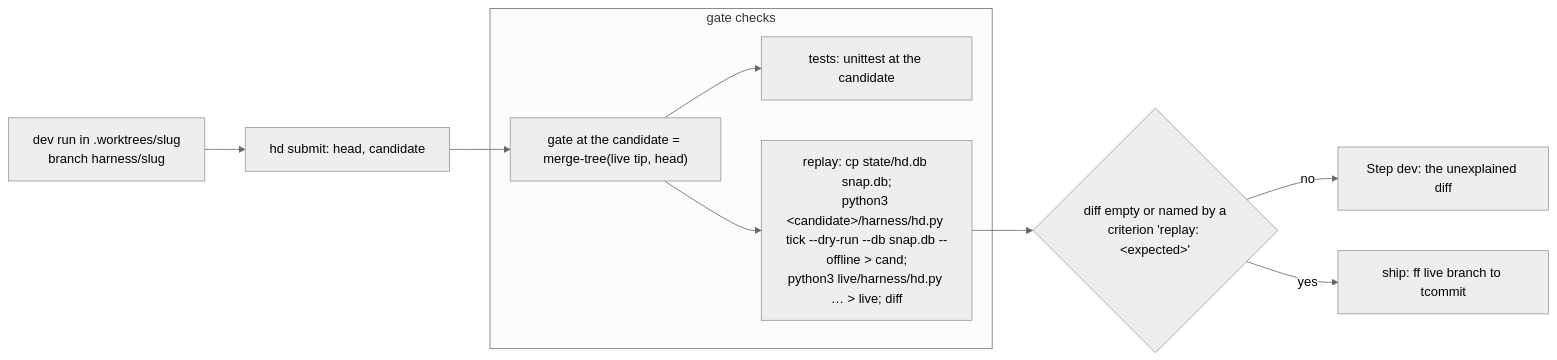
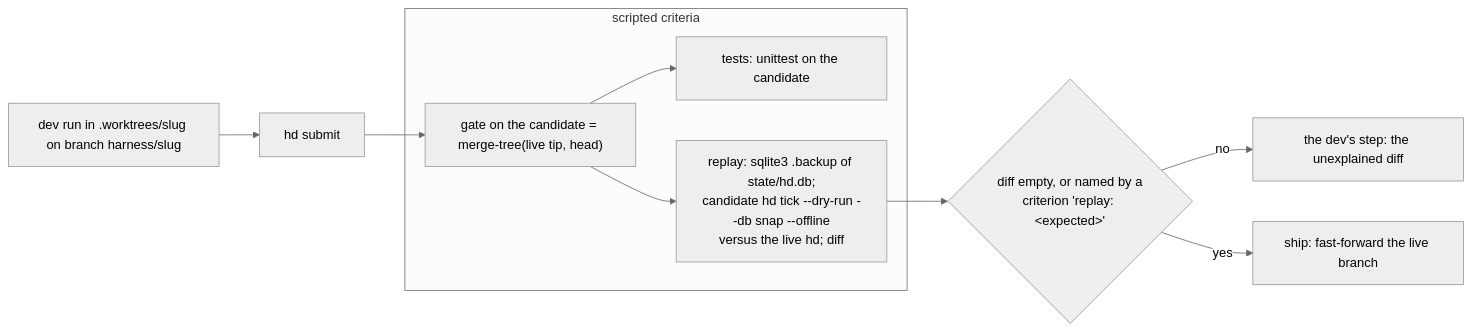
The fifth of 7 diagrams in docs/ARCHITECTURE.md (AlexPerrin/RuneHarness), drawn with Mermaid (neutral theme) before and after one commit. The commit also changed other lines of this file and 16 other files, not shown here.

First line of the commit message:
v9: reduce and reconcile — ARCHITECTURE rewritten without history (830 → 645 lines), one vocabulary and one command list across docs, code skeletons, roles, README and CLAUDE.md

````diff
--- a/docs/ARCHITECTURE.md
+++ b/docs/ARCHITECTURE.md
@@ -497,12 +463,12 @@
 ```mermaid
 flowchart LR
-  D["dev run in .worktrees/slug<br/>branch harness/slug"] --> H["hd submit: head, candidate"]
-  H --> G["gate at the candidate = merge-tree(live tip, head)"]
-  subgraph GR["gate checks"]
-    G --> T1["tests: unittest at the candidate"]
-    G --> T2["replay: cp state/hd.db snap.db;<br/>python3 &lt;candidate&gt;/harness/hd.py tick --dry-run --db snap.db --offline > cand;<br/>python3 live/harness/hd.py … > live; diff"]
+  D["dev run in .worktrees/slug on branch harness/slug"] --> H["hd submit"]
+  H --> G["gate on the candidate = merge-tree(live tip, head)"]
+  subgraph GR["scripted criteria"]
+    G --> T1["tests: unittest on the candidate"]
+    G --> T2["replay: sqlite3 .backup of state/hd.db;<br/>candidate hd tick --dry-run --db snap --offline<br/>versus the live hd; diff"]
   end
-  T2 --> J{"diff empty or named by a<br/>criterion 'replay: &lt;expected&gt;'"}
-  J -- no --> DEV["Step dev: the unexplained diff"]
-  J -- yes --> S["ship: ff live branch to tcommit"]
+  T2 --> J{"diff empty, or named by a<br/>criterion 'replay: &lt;expected&gt;'"}
+  J -- no --> DEV["the dev's step: the unexplained diff"]
+  J -- yes --> S["ship: fast-forward the live branch"]
 ```
````
